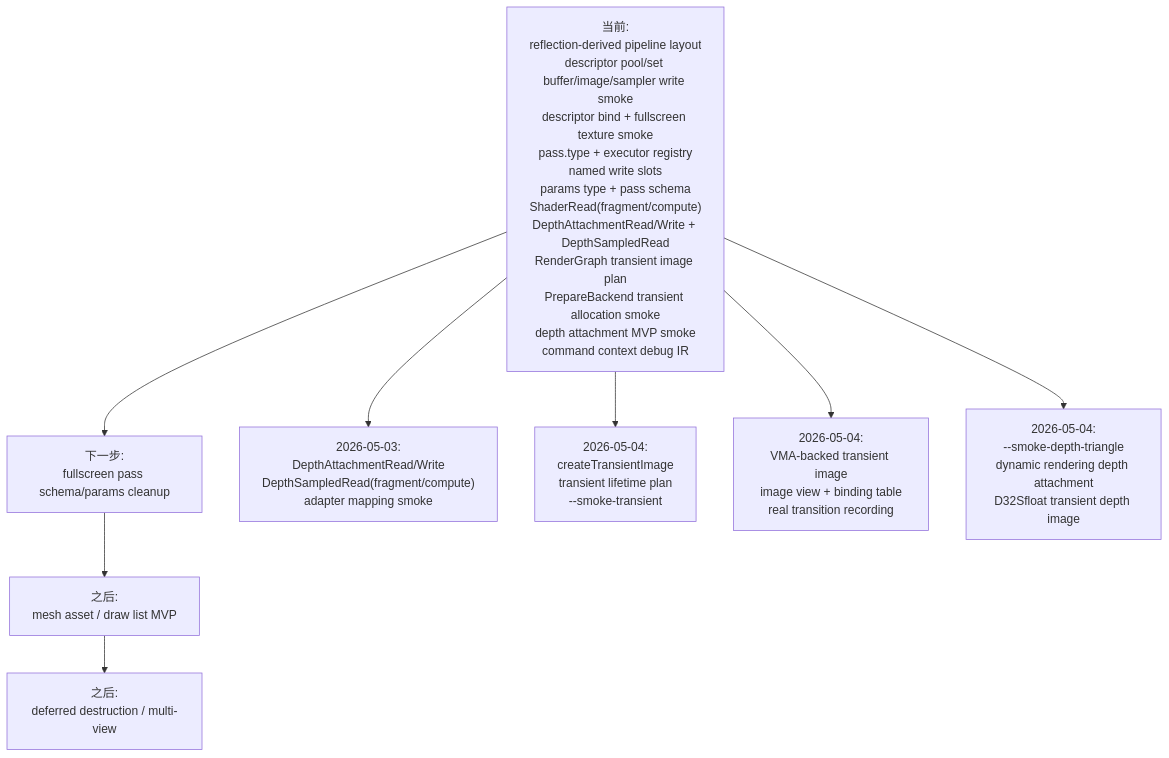
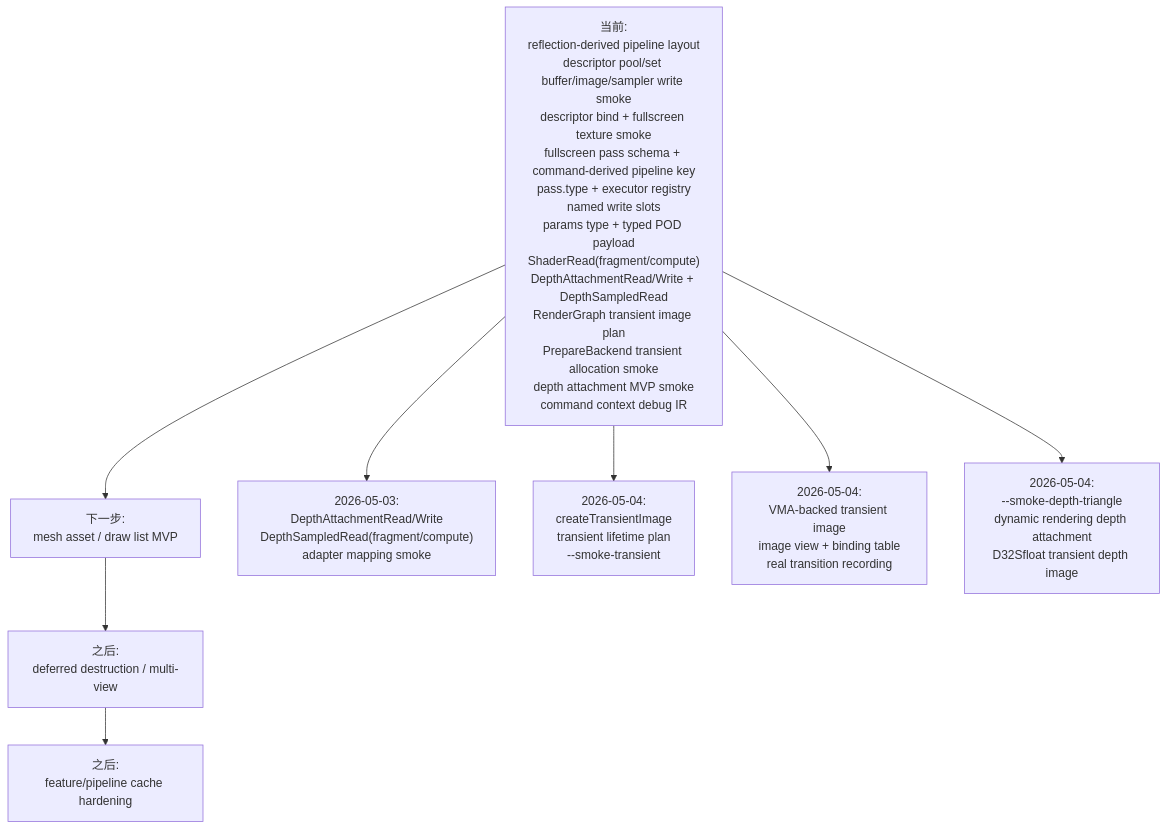
Before and after one commit to 66six11/Engine: diagram 14 of 14 in docs/flow-architecture.md, drawn with Mermaid. The commit also changed other lines of this file and 3 other files, not shown here.

Commit message:
feat: add render graph typed params payload

````diff
--- a/docs/flow-architecture.md
+++ b/docs/flow-architecture.md
@@ -527,18 +527,18 @@
 ```mermaid
 flowchart TD
-    Now["当前:<br/>reflection-derived pipeline layout<br/>descriptor pool/set buffer/image/sampler write smoke<br/>descriptor bind + fullscreen texture smoke<br/>pass.type + executor registry<br/>named write slots<br/>params type + pass schema<br/>ShaderRead(fragment/compute)<br/>DepthAttachmentRead/Write + DepthSampledRead<br/>RenderGraph transient image plan<br/>PrepareBackend transient allocation smoke<br/>depth attachment MVP smoke<br/>command context debug IR"]
-    Step1["下一步:<br/>fullscreen pass schema/params cleanup"]
-    Step2["之后:<br/>mesh asset / draw list MVP"]
-    Step3["之后:<br/>deferred destruction / multi-view"]
+    Now["当前:<br/>reflection-derived pipeline layout<br/>descriptor pool/set buffer/image/sampler write smoke<br/>descriptor bind + fullscreen texture smoke<br/>fullscreen pass schema + command-derived pipeline key<br/>pass.type + executor registry<br/>named write slots<br/>params type + typed POD payload<br/>ShaderRead(fragment/compute)<br/>DepthAttachmentRead/Write + DepthSampledRead<br/>RenderGraph transient image plan<br/>PrepareBackend transient allocation smoke<br/>depth attachment MVP smoke<br/>command context debug IR"]
+    Step1["下一步:<br/>mesh asset / draw list MVP"]
+    Step2["之后:<br/>deferred destruction / multi-view"]
+    Step3["之后:<br/>feature/pipeline cache hardening"]
 
     Now --> Step1 --> Step2 --> Step3
 
     DepthStateUpdate["2026-05-03:<br/>DepthAttachmentRead/Write<br/>DepthSampledRead(fragment/compute)<br/>adapter mapping smoke"]
     Now --> DepthStateUpdate
     TransientUpdate["2026-05-04:<br/>createTransientImage<br/>transient lifetime plan<br/>--smoke-transient"]
     Now --> TransientUpdate
     TransientVkUpdate["2026-05-04:<br/>VMA-backed transient image<br/>image view + binding table<br/>real transition recording"]
     Now --> TransientVkUpdate
     DepthTriangleUpdate["2026-05-04:<br/>--smoke-depth-triangle<br/>dynamic rendering depth attachment<br/>D32Sfloat transient depth image"]
     Now --> DepthTriangleUpdate
 ```
````
